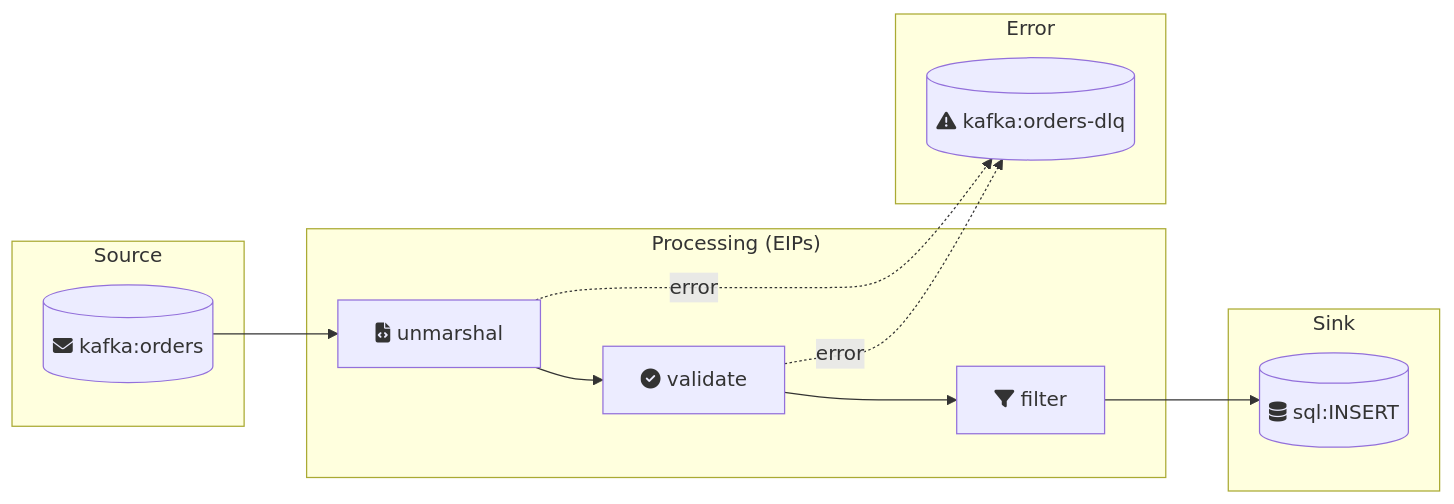
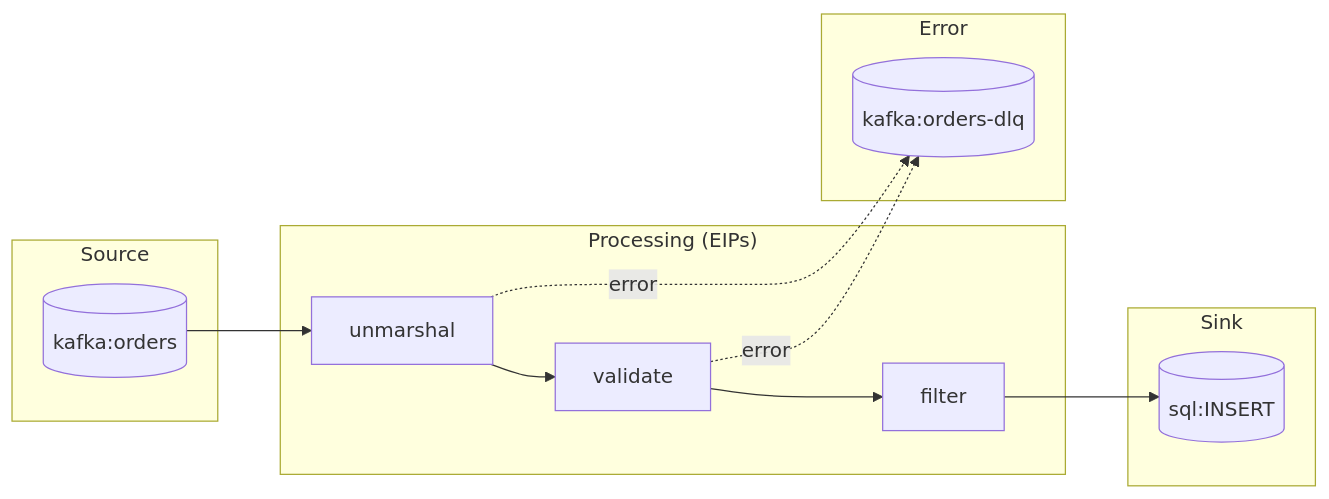
The second of 2 diagrams in docs/user-guide.md (luigidemasi/camel-kit), drawn with Mermaid before and after one commit. The commit also changed other lines of this file and 61 other files, not shown here.

Commit message:
- Complete rewrite from Python to Java/JBang with Maven multi-module structure   - Add GitHub Actions for CI/CD: build matrix (Java 17/21/25), Maven Central release   - Add camel-kit.gif logo and rewrite all documentation   - Maven Wrapper and validation (Camel YAML DSL, Citrus JSON Schema)

````diff
--- a/docs/user-guide.md
+++ b/docs/user-guide.md
@@ -181,21 +142,21 @@
 ```mermaid
 flowchart LR
     subgraph Source
-        K[("fa:fa-envelope kafka:orders")]
+        K[("kafka:orders")]
     end
     subgraph "Processing (EIPs)"
-        E1["fa:fa-file-code unmarshal"]
-        E2["fa:fa-check-circle validate"]
-        E3["fa:fa-filter filter"]
+        E1["unmarshal"]
+        E2["validate"]
+        E3["filter"]
     end
     subgraph Sink
-        DB[("fa:fa-database sql:INSERT")]
+        DB[("sql:INSERT")]
     end
     subgraph Error
-        DLQ[("fa:fa-exclamation-triangle kafka:orders-dlq")]
+        DLQ[("kafka:orders-dlq")]
     end
 
     K --> E1 --> E2 --> E3 --> DB
     E1 -.->|error| DLQ
     E2 -.->|error| DLQ
 ```
````
